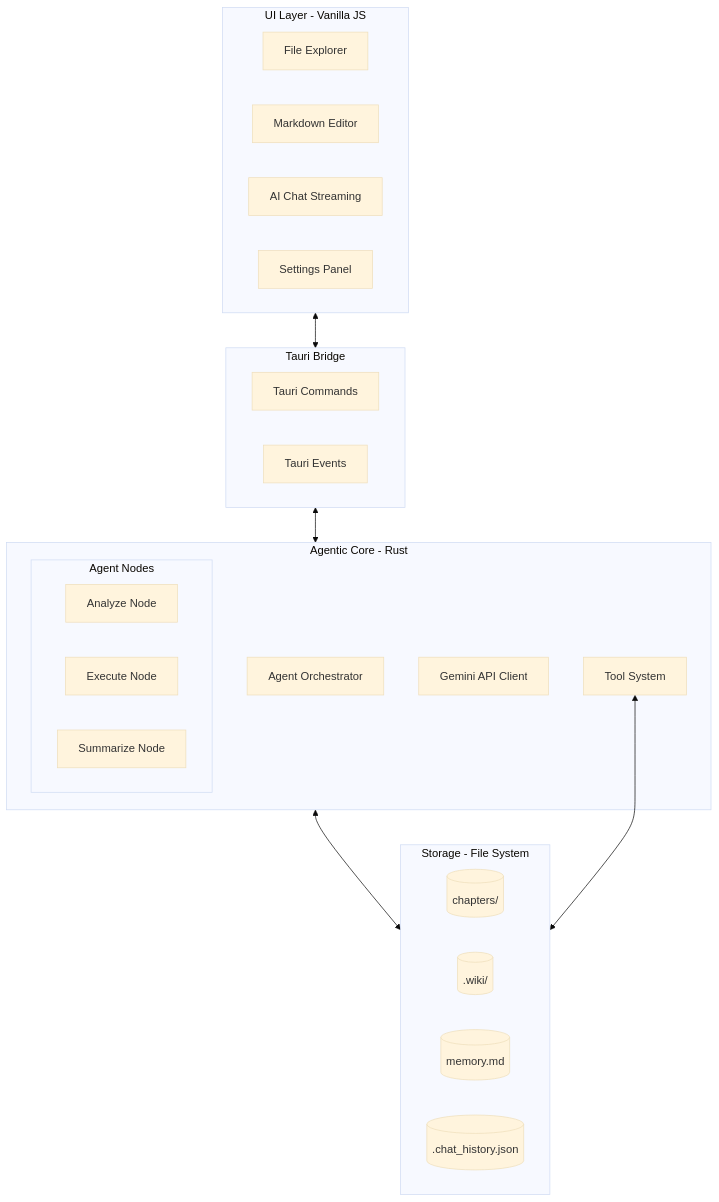
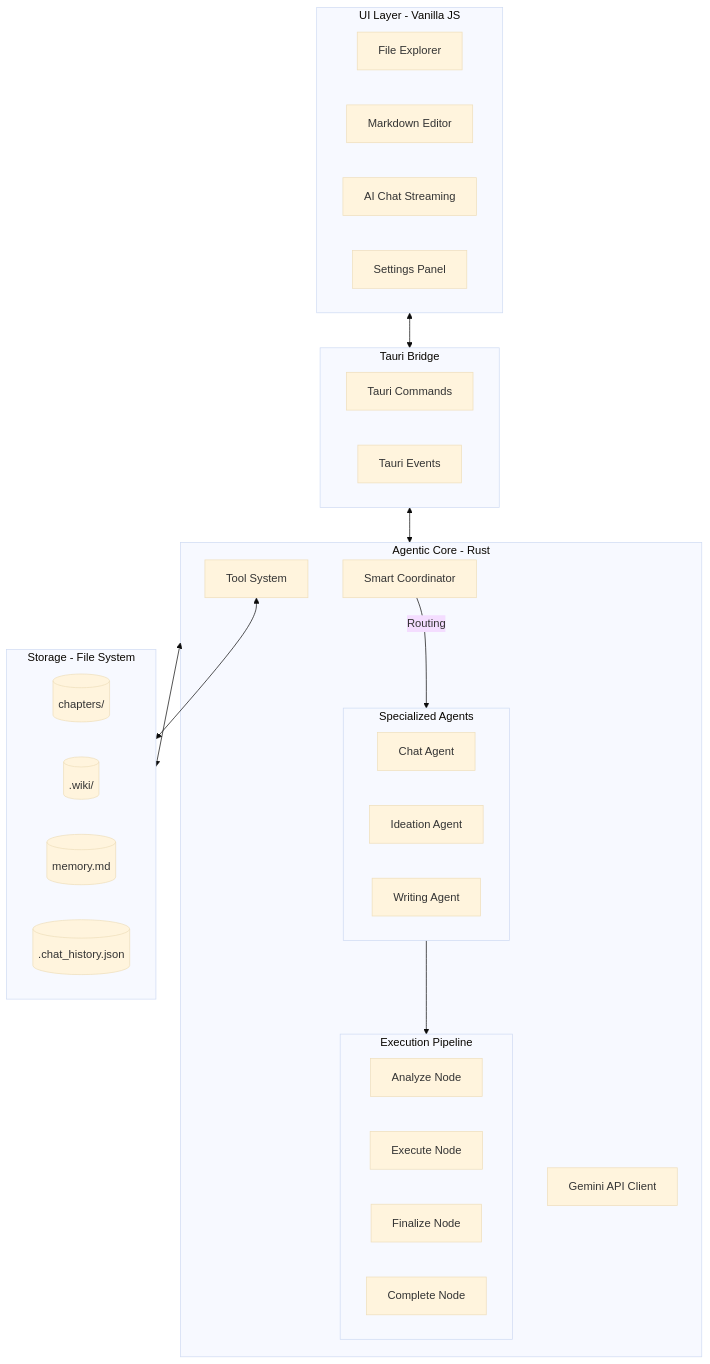
The diagram in architecture.md (thichuong/AI_Write_Novel), drawn with Mermaid (base theme) before and after one commit. The commit also changed other lines of this file and 10 other files, not shown here.

````diff
--- a/architecture.md
+++ b/architecture.md
@@ -7,38 +7,47 @@
 ```mermaid
 graph TD
     subgraph Frontend [UI Layer - Vanilla JS]
         Explorer[File Explorer]
         Editor[Markdown Editor]
         Chat[AI Chat Streaming]
         Settings[Settings Panel]
     end
 
     subgraph Bridge [Tauri Bridge]
         Commands[Tauri Commands]
         Events[Tauri Events]
     end
 
     subgraph Backend [Agentic Core - Rust]
-        Orchestrator[Agent Orchestrator]
-        subgraph Nodes [Agent Nodes]
+        Coordinator[Smart Coordinator]
+        subgraph Agents [Specialized Agents]
+            ChatAgent[Chat Agent]
+            IdeationAgent[Ideation Agent]
+            WritingAgent[Writing Agent]
+        end
+        subgraph Nodes [Execution Pipeline]
             Analyze[Analyze Node]
             Execute[Execute Node]
-            Summarize[Summarize Node]
+            Finalize[Finalize Node]
+            Complete[Complete Node]
         end
         Client[Gemini API Client]
         Tools[Tool System]
     end
 
     subgraph Data [Storage - File System]
         Chapters[(chapters/)]
         Wiki[(.wiki/)]
         MemoryFile[(memory.md)]
         HistoryFile[(.chat_history.json)]
     end
 
     %% Tương tác
     Frontend <--> Bridge
     Bridge <--> Backend
     Backend <--> Data
     Tools <--> Data
+    
+    Coordinator -->|Routing| Agents
+    Agents --> Nodes
 ```
````
